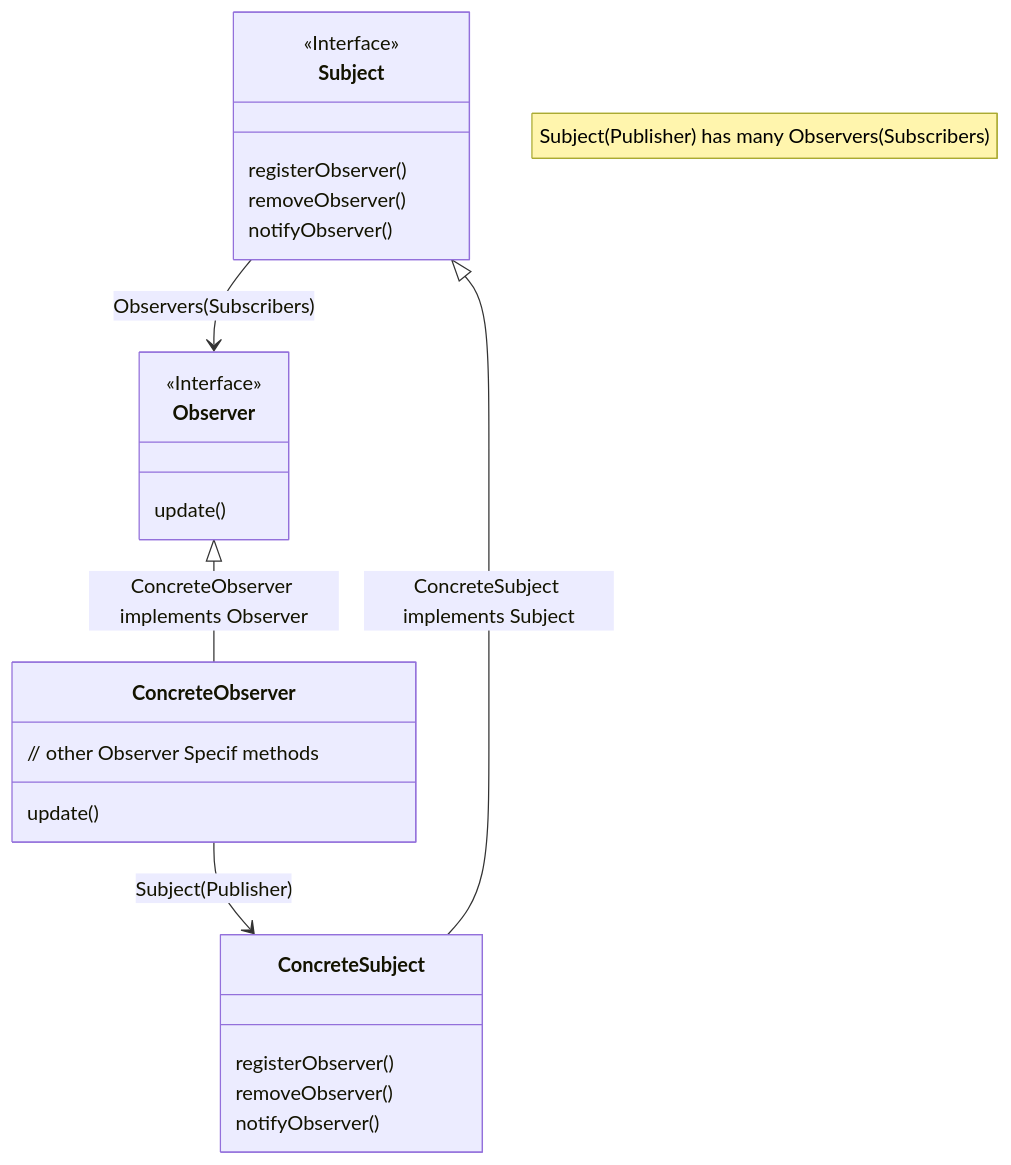
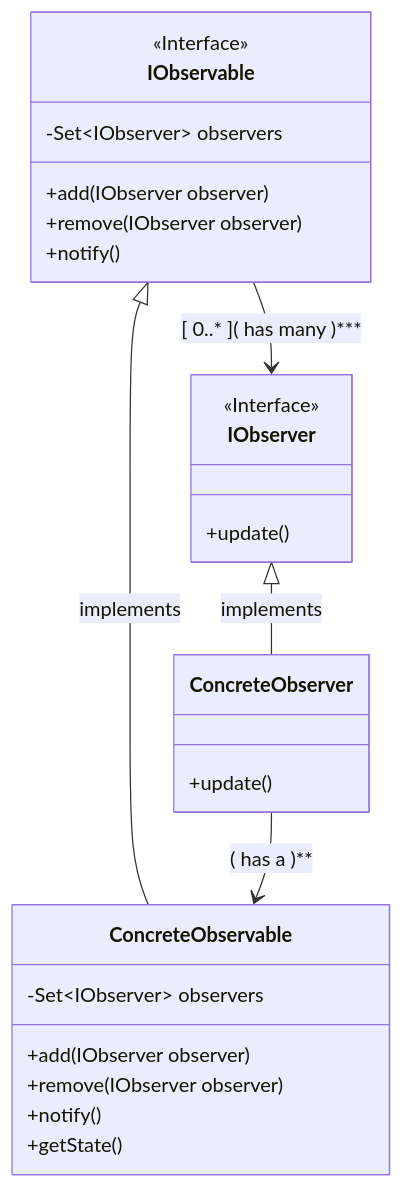
The second of 3 diagrams in DesignPattern/BehavioralDesignPatterns/03.ObserverPattern.md (heisnam-sunrose/Javascript), drawn with Mermaid before and after one commit. The commit also changed other lines of this file, not shown here.

Commit message:
observer pattern

````diff
--- a/DesignPattern/BehavioralDesignPatterns/03.ObserverPattern.md
+++ b/DesignPattern/BehavioralDesignPatterns/03.ObserverPattern.md
@@ -15,31 +64,30 @@
-```mermaid 
-classDiagram
-    note "Subject(Publisher) has many Observers(Subscribers)"
-    Subject --> Observer : Observers(Subscribers)
-    ConcreteObserver --> ConcreteSubject : Subject(Publisher) 
-    Observer <|-- ConcreteObserver : ConcreteObserver implements Observer
-    Subject <|-- ConcreteSubject : ConcreteSubject implements Subject
-    
-   
-   class Subject
-      <<Interface>> Subject
-      Subject : registerObserver()
-      Subject : removeObserver()
-      Subject : notifyObserver()
+   ```mermaid 
+      classDiagram
+         IObservable <|-- ConcreteObservable : implements 
+         IObserver <|-- ConcreteObserver : implements  
+         IObservable --> IObserver : [ 0..* ]( has many )***
+         ConcreteObserver --> ConcreteObservable : ( has a )**
+         
+         class IObservable
+            <<Interface>>  IObservable
+            IObservable : -Set~IObserver~  observers
+            IObservable : +add( IObserver  observer)
+            IObservable : +remove( IObserver  observer)
+            IObservable : +notify()
+      
+         class IObserver
+            <<Interface>> IObserver
+            IObserver : +update()
 
-   class Observer
-      <<Interface>> Observer
-      Observer : update()
+         class ConcreteObservable{
+         -Set~IObserver~  observers
+            +add( IObserver  observer)
+            +remove( IObserver  observer)
+            +notify()
+            +getState()
+         }  
 
-
-   class ConcreteSubject{
-     registerObserver()
-     removeObserver()
-     notifyObserver()
-   }
-
-   class ConcreteObserver {
-     update()
-     // other Observer Specif methods
-   }   
-  ```
+         class ConcreteObserver{
+         +update()
+         }
+  ``` 
````
